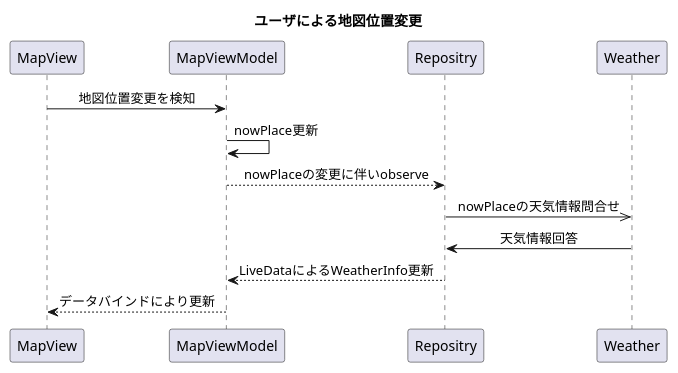
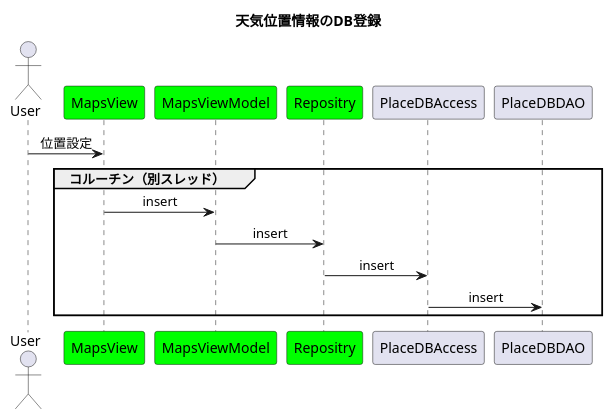
The second of 2 diagrams in SequenceDiagram.pu (takudosato/appDocuments202008), drawn with PlantUML before and after one commit. The commit also changed other lines of this file and 5 other files, not shown here.

```diff
--- a/SequenceDiagram.pu
+++ b/SequenceDiagram.pu
@@ -30,24 +30,22 @@
-@startuml mapchange
+@startuml linsertWeatherInfo
 
-title: ユーザによる地図位置変更
+title: 天気位置情報のDB登録
 
-participant MapView order 10
-'participant PlaceListView order 20
-participant MapViewModel order 30
-'participant PlaceListViewModel order 40
-'participant SearchArea order 50
-participant Repositry order 60
-participant Weather order 70
-'participant DBPlace order 80
+Actor "User" as USER
+participant MapsView order 10 #00FF00
+participant MapsViewModel order 30 #00FF00
+participant Repositry order 40 #00FF00
+participant PlaceDBAccess order 50
+participant PlaceDBDAO order 60
 
 skinparam SequenceMessageAlignment center
 
-MapView -> MapViewModel : 地図位置変更を検知
-MapViewModel -> MapViewModel : nowPlace更新
-MapViewModel --> Repositry : nowPlaceの変更に伴いobserve
-Repositry ->> Weather : nowPlaceの天気情報問合せ
-Weather -> Repositry : 天気情報回答
-Repositry --> MapViewModel : LiveDataによるWeatherInfo更新
-MapViewModel --> MapView : データバインドにより更新
+USER -> MapsView : 位置設定
+group コルーチン（別スレッド）
+MapsView -> MapsViewModel : insert
+MapsViewModel -> Repositry : insert
+Repositry -> PlaceDBAccess : insert
+PlaceDBAccess -> PlaceDBDAO : insert
+end
 
 @enduml
```
